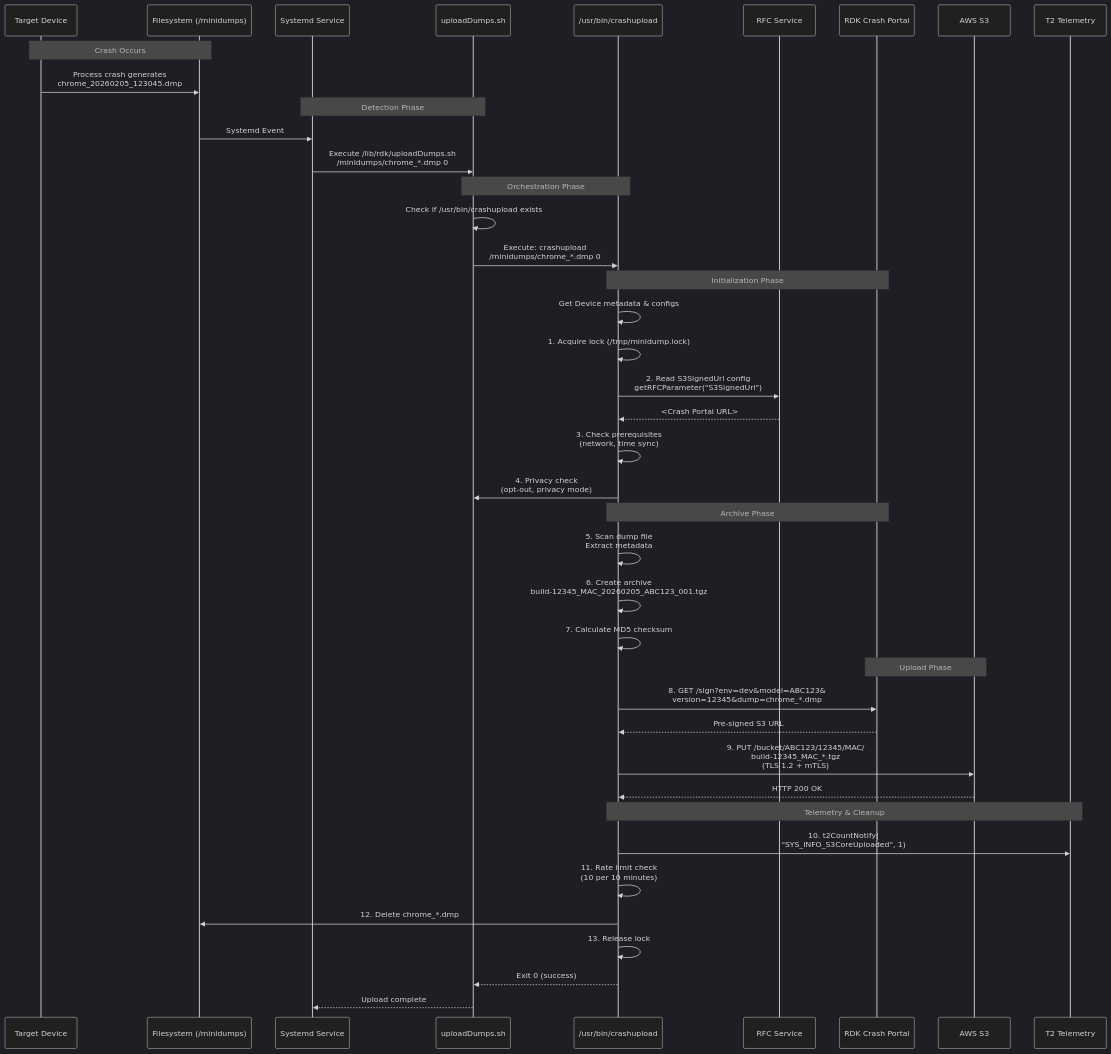
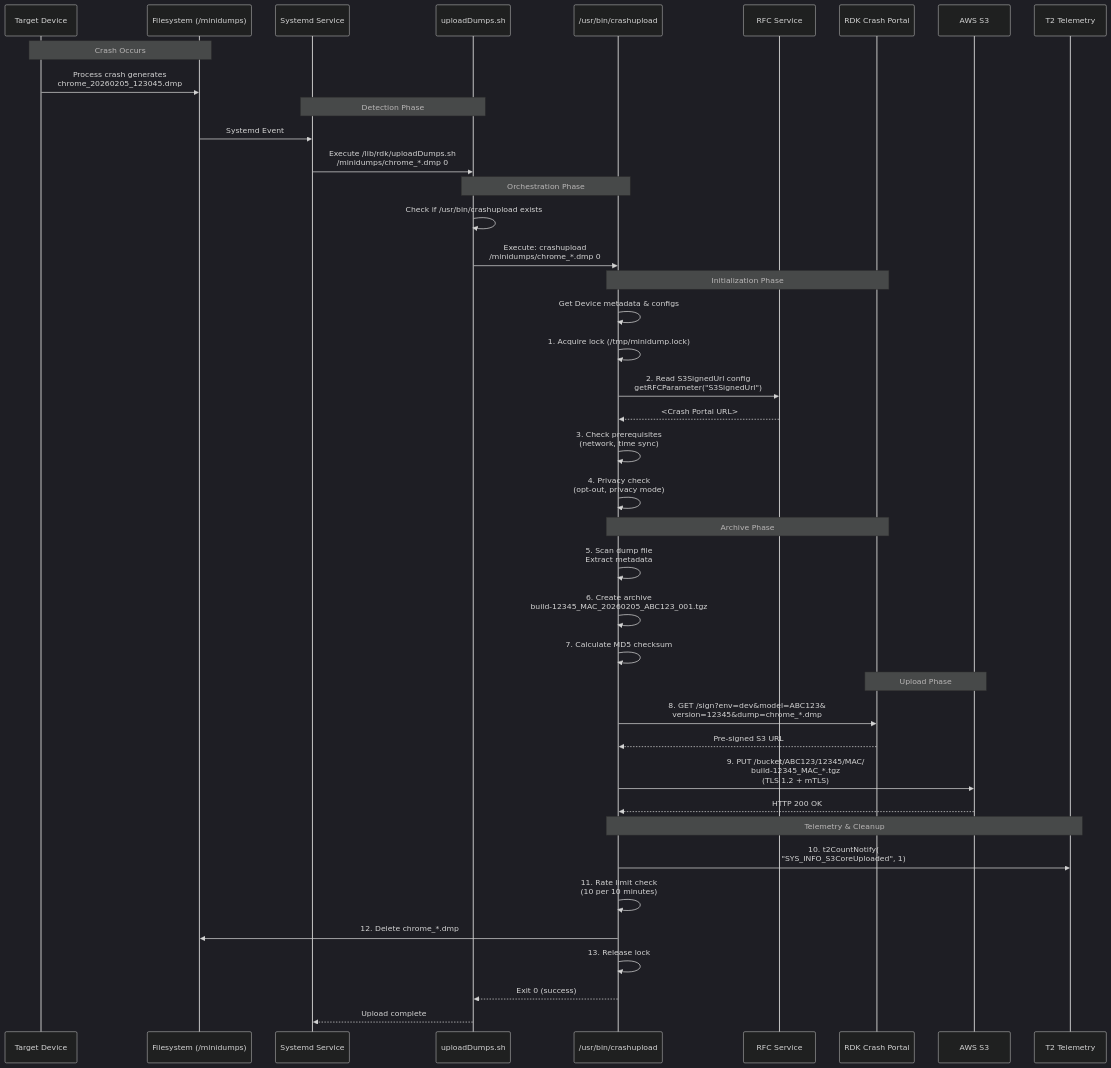
The second of 3 diagrams in docs/migration/diagrams/flowcharts/crashupload-binary-architecture.md (rdkcentral/crashupload), drawn with Mermaid (dark theme) before and after one commit.

````diff
--- a/docs/migration/diagrams/flowcharts/crashupload-binary-architecture.md
+++ b/docs/migration/diagrams/flowcharts/crashupload-binary-architecture.md
@@ -243,51 +243,51 @@
 ```mermaid
 sequenceDiagram
     participant Device as Target Device
     participant FS as Filesystem (/minidumps)
     participant Inotify as Systemd Service
     participant Shell as uploadDumps.sh
     participant Binary as /usr/bin/crashupload
     participant RFC as RFC Service
     participant Portal as RDK Crash Portal
     participant S3 as AWS S3
     participant T2 as T2 Telemetry
 
     Note over Device,FS: Crash Occurs
     Device->>FS: Process crash generates<br/>chrome_20260205_123045.dmp
     
     Note over Inotify,Shell: Detection Phase
     FS->>Inotify: Systemd Event
     Inotify->>Shell: Execute /lib/rdk/uploadDumps.sh<br/>/minidumps/chrome_*.dmp 0
     
     Note over Shell,Binary: Orchestration Phase
     Shell->>Shell: Check if /usr/bin/crashupload exists
     Shell->>Binary: Execute: crashupload<br/>/minidumps/chrome_*.dmp 0
     
     Note over Binary,Portal: Initialization Phase
     Binary->>Binary: Get Device metadata & configs
     Binary->>Binary: 1. Acquire lock (/tmp/minidump.lock)
     Binary->>RFC: 2. Read S3SignedUrl config<br/>getRFCParameter("S3SignedUrl")
     RFC-->>Binary: <Crash Portal URL>
     Binary->>Binary: 3. Check prerequisites<br/>(network, time sync)
-    Binary->>Shell: 4. Privacy check<br/>(opt-out, privacy mode)
+    Binary->>Binary: 4. Privacy check<br/>(opt-out, privacy mode)
     
     Note over Binary,Portal: Archive Phase
     Binary->>Binary: 5. Scan dump file<br/>Extract metadata
     Binary->>Binary: 6. Create archive<br/>build-12345_MAC_20260205_ABC123_001.tgz
     Binary->>Binary: 7. Calculate MD5 checksum
     
     Note over Portal,S3: Upload Phase
     Binary->>Portal: 8. GET /sign?env=dev&model=ABC123&<br/>version=12345&dump=chrome_*.dmp
     Portal-->>Binary: Pre-signed S3 URL
     
     Binary->>S3: 9. PUT /bucket/ABC123/12345/MAC/<br/>build-12345_MAC_*.tgz<br/>(TLS 1.2 + mTLS)
     S3-->>Binary: HTTP 200 OK
     
     Note over Binary,T2: Telemetry & Cleanup
     Binary->>T2: 10. t2CountNotify(<br/>"SYS_INFO_S3CoreUploaded", 1)
     Binary->>Binary: 11. Rate limit check<br/>(10 per 10 minutes)
     Binary->>FS: 12. Delete chrome_*.dmp
     Binary->>Binary: 13. Release lock
     Binary-->>Shell: Exit 0 (success)
     Shell-->>Inotify: Upload complete
 ```
````
